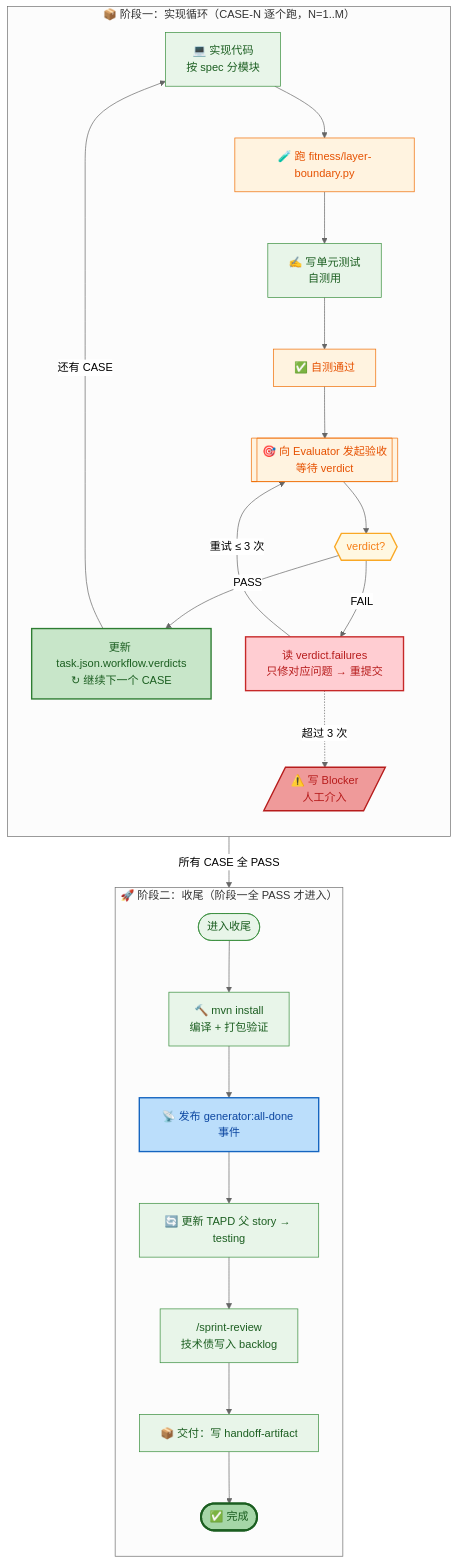
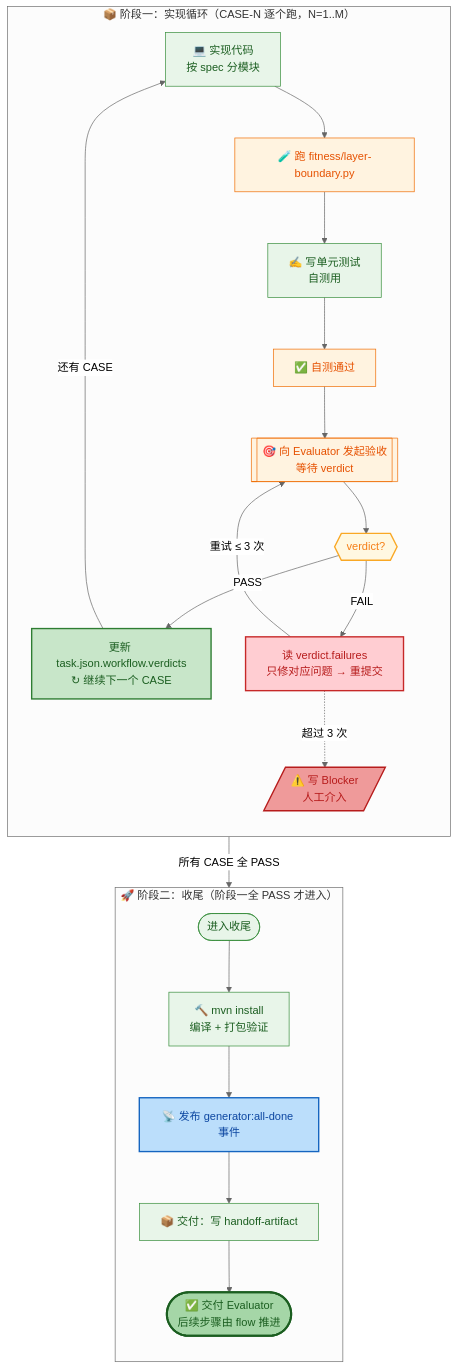
The tenth of 14 diagrams in README.md (dd-xiaozhi/dev-agent-flow), drawn with Mermaid (neutral theme) before and after one commit. The commit also changed other lines of this file and 2 other files, not shown here.

````diff
--- a/README.md
+++ b/README.md
@@ -378,47 +397,45 @@
 ```mermaid
 flowchart TD
     subgraph PHASE1["📦 阶段一：实现循环（CASE-N 逐个跑，N=1..M）"]
         direction TB
         P1A[💻 实现代码<br/>按 spec 分模块] --> P1B[🧪 跑 fitness/layer-boundary.py]
         P1B --> P1C[✍️ 写单元测试<br/>自测用]
         P1C --> P1E[✅ 自测通过]
         P1E --> P1F[[🎯 向 Evaluator 发起验收<br/>等待 verdict]]
         P1F --> P1G{{"verdict?"}}
         P1G -->|PASS| P1H[更新 task.json.workflow.verdicts<br/>↻ 继续下一个 CASE]
         P1G -->|FAIL| P1I["读 verdict.failures<br/>只修对应问题 → 重提交"]
         P1I -->|"重试 ≤ 3 次"| P1F
         P1I -.->|"超过 3 次"| BL[/⚠️ 写 Blocker<br/>人工介入/]
         P1H -->|"还有 CASE"| P1A
     end
 
     P1H -->|"所有 CASE 全 PASS"| PHASE2_ENTRY
 
     subgraph PHASE2["🚀 阶段二：收尾（阶段一全 PASS 才进入）"]
         direction TB
         PHASE2_ENTRY([进入收尾]) --> P2A[🔨 mvn install<br/>编译 + 打包验证]
         P2A --> P2B[📡 发布 generator:all-done 事件]
-        P2B --> P2C[🔄 更新 TAPD 父 story → testing]
-        P2C --> P2D["/sprint-review<br/>技术债写入 backlog"]
-        P2D --> P2E[📦 交付：写 handoff-artifact]
-        P2E --> DONE([✅ 完成])
+        P2B --> P2C[📦 交付：写 handoff-artifact]
+        P2C --> DONE([✅ 交付 Evaluator<br/>后续步骤由 flow 推进])
     end
 
     classDef impl fill:#e8f5e9,stroke:#388e3c,stroke-width:1px,color:#1b5e20
     classDef test fill:#fff3e0,stroke:#ef6c00,stroke-width:1px,color:#e65100
     classDef decision fill:#fff8e1,stroke:#f9a825,stroke-width:2px,color:#f57f17
     classDef pass fill:#c8e6c9,stroke:#2e7d32,stroke-width:2px,color:#1b5e20
     classDef fail fill:#ffcdd2,stroke:#c62828,stroke-width:2px,color:#b71c1c
     classDef blocker fill:#ef9a9a,stroke:#b71c1c,stroke-width:2px,color:#b71c1c
     classDef event fill:#bbdefb,stroke:#1565c0,stroke-width:2px,color:#0d47a1
     classDef done fill:#a5d6a7,stroke:#1b5e20,stroke-width:3px,color:#1b5e20
 
-    class P1A,P1C,P1D impl
+    class P1A,P1C impl
     class P1B,P1E,P1F test
     class P1G decision
     class P1H pass
     class P1I fail
     class BL blocker
-    class PHASE2_ENTRY,P2A,P2C,P2D,P2E impl
+    class PHASE2_ENTRY,P2A,P2C impl
     class P2B event
     class DONE done
 ```
````
